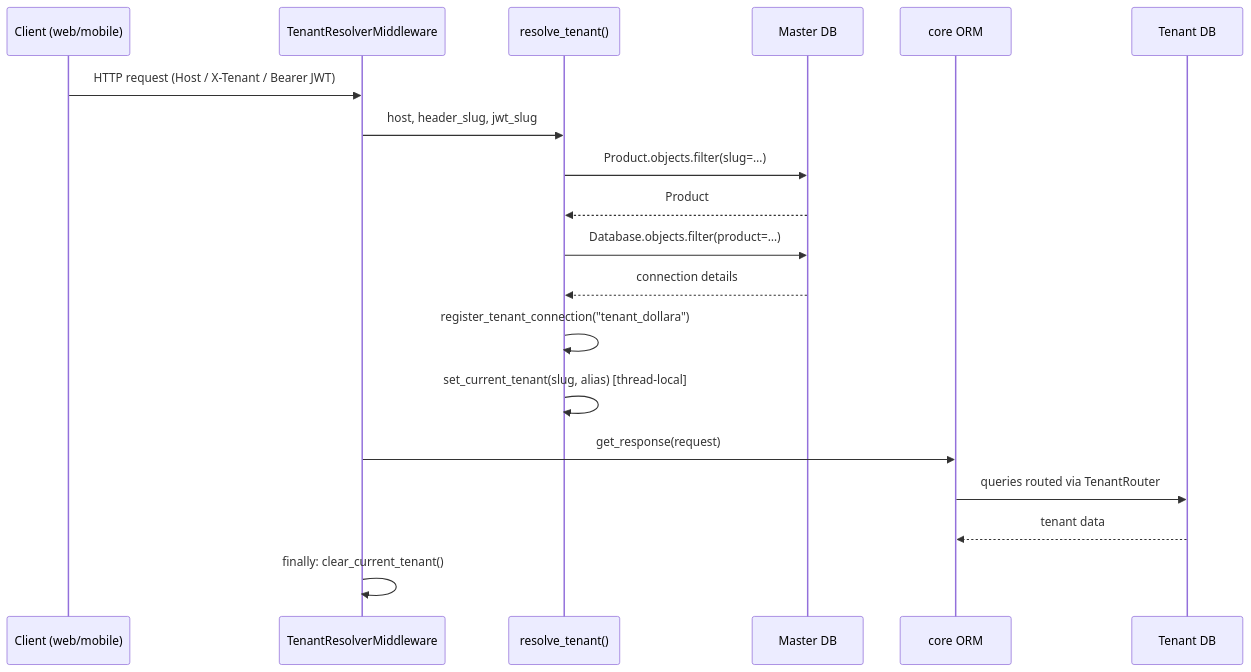
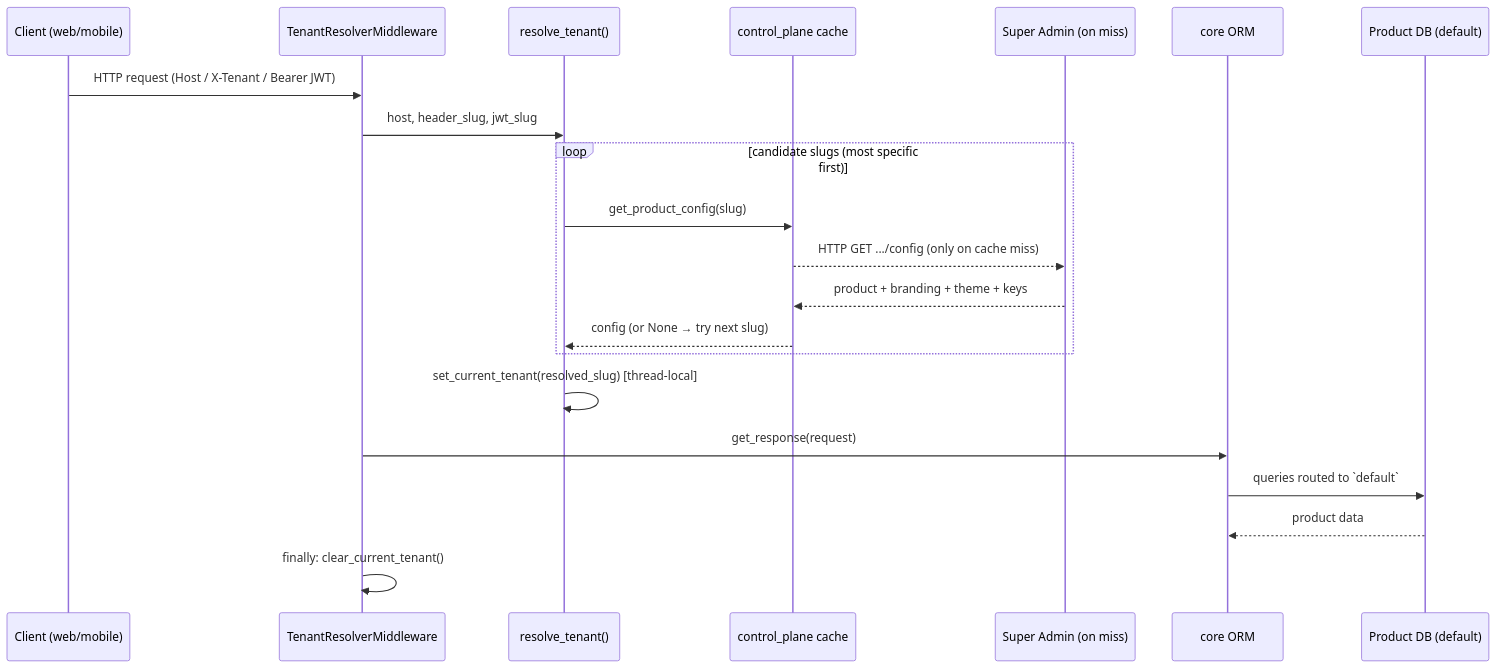
Before and after one commit to Aceplayswin/shamb_01: the fifth of 18 diagrams in README.md, drawn with Mermaid. The commit also changed other lines of this file, not shown here.

````diff
--- a/README.md
+++ b/README.md
@@ -307,22 +412,24 @@
 ```mermaid
 sequenceDiagram
   participant C as Client (web/mobile)
   participant MW as TenantResolverMiddleware
   participant R as resolve_tenant()
-  participant M as Master DB
+  participant CP as control_plane cache
+  participant SA as Super Admin (on miss)
   participant ORM as core ORM
-  participant T as Tenant DB
+  participant DB as Product DB (default)
 
   C->>MW: HTTP request (Host / X-Tenant / Bearer JWT)
   MW->>R: host, header_slug, jwt_slug
-  R->>M: Product.objects.filter(slug=…)
-  M-->>R: Product
-  R->>M: Database.objects.filter(product=…)
-  M-->>R: connection details
-  R->>R: register_tenant_connection("tenant_dollara")
-  R->>R: set_current_tenant(slug, alias)  [thread-local]
+  loop candidate slugs (most specific first)
+    R->>CP: get_product_config(slug)
+    CP-->>SA: HTTP GET .../config (only on cache miss)
+    SA-->>CP: product + branding + theme + keys
+    CP-->>R: config (or None → try next slug)
+  end
+  R->>R: set_current_tenant(resolved_slug)  [thread-local]
   MW->>ORM: get_response(request)
-  ORM->>T: queries routed via TenantRouter
-  T-->>ORM: tenant data
+  ORM->>DB: queries routed to `default`
+  DB-->>ORM: product data
   MW->>MW: finally: clear_current_tenant()
 ```
````
